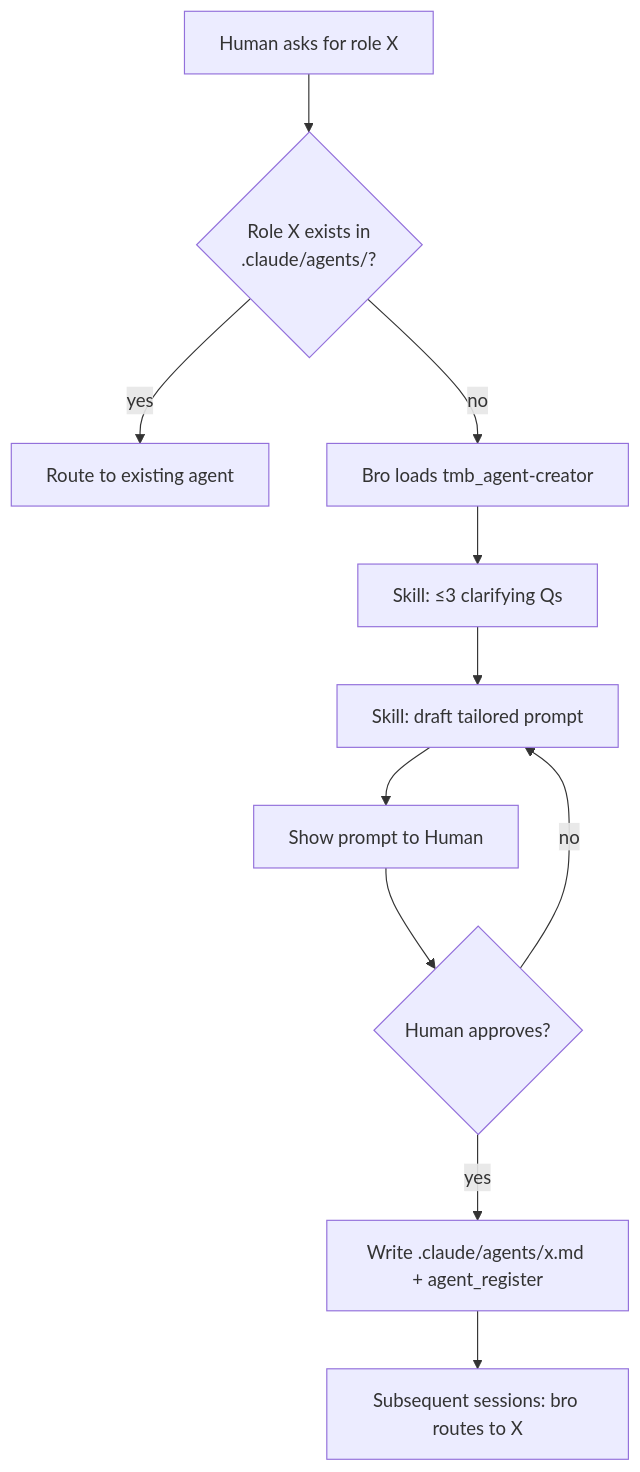
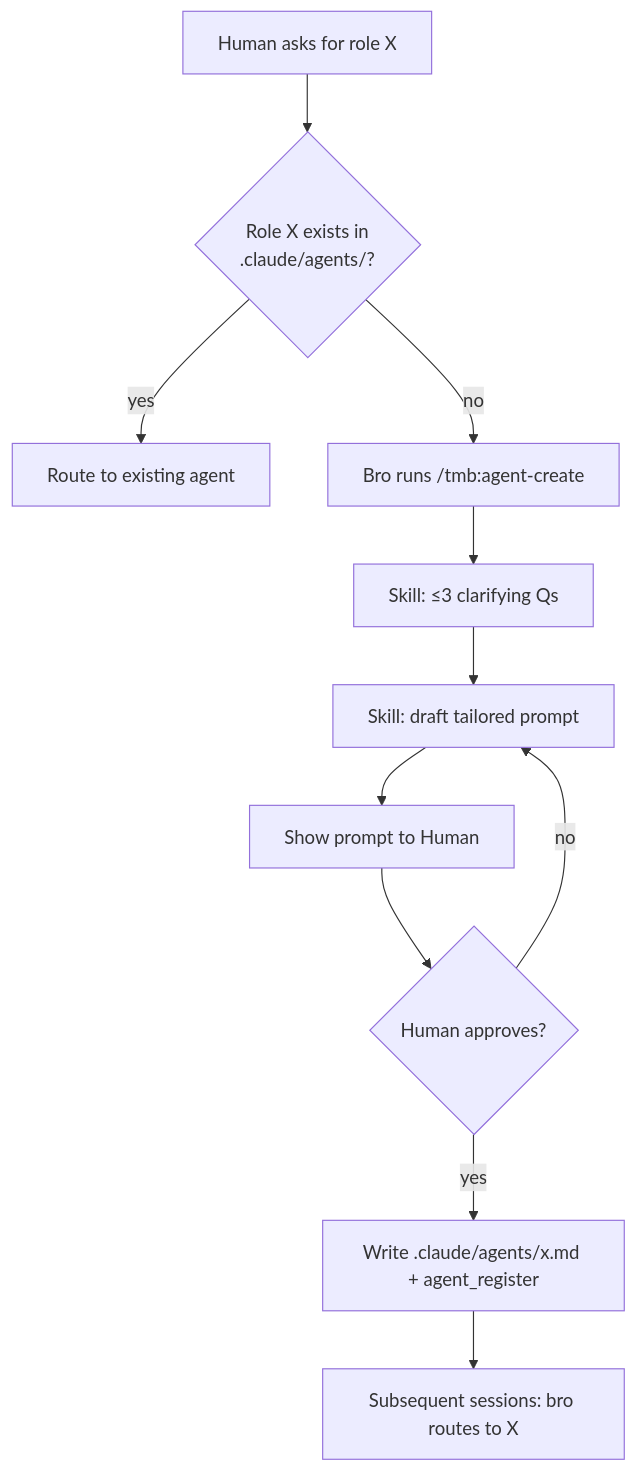
Before and after one commit to trustmybot/plugin: the third of 4 diagrams in docs/architecture/FLOWS.md, drawn with Mermaid. The commit also changed 19 other files, not shown here.

Commit message:
✅ fix(schema): correct builtin-skill seed (tmb_cheatcode) + v20 migration + catalog-sync lint (#102)

````diff
--- a/docs/architecture/FLOWS.md
+++ b/docs/architecture/FLOWS.md
@@ -133,13 +133,13 @@
 ```mermaid
 flowchart TD
     A[Human asks for role X] --> B{Role X exists in<br/>.claude/agents/?}
     B -->|yes| C[Route to existing agent]
-    B -->|no| D[Bro loads tmb_agent-creator]
+    B -->|no| D[Bro runs /tmb:agent-create]
     D --> E[Skill: ≤3 clarifying Qs]
     E --> F[Skill: draft tailored prompt]
     F --> G[Show prompt to Human]
     G --> H{Human approves?}
     H -->|no| F
     H -->|yes| I[Write .claude/agents/x.md + agent_register]
     I --> J[Subsequent sessions: bro routes to X]
 ```
````
